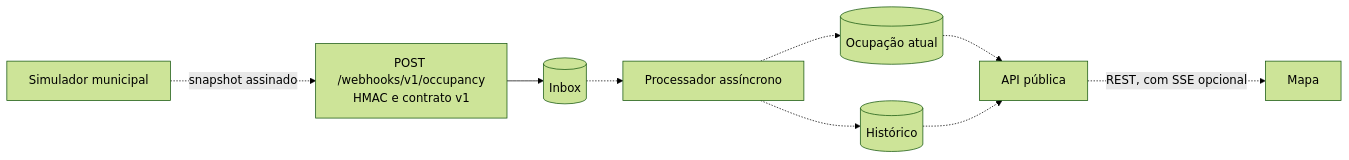
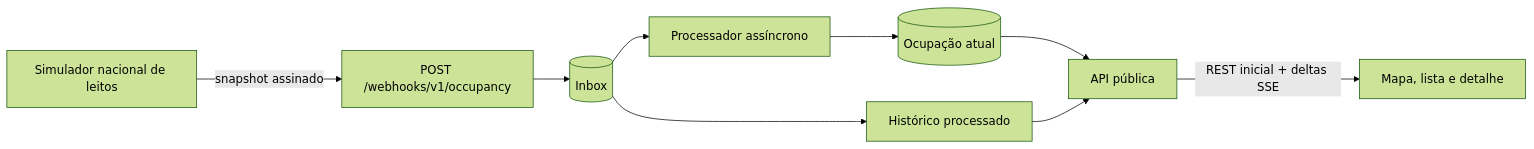
Before and after one commit to PJIEixoComputacaoUnivesp/FilaSaude: the third of 3 diagrams in README.md, drawn with Mermaid (forest theme). The commit also changed other lines of this file and 9 other files, not shown here.

First line of the commit message:
docs: delimita a demonstração como ocupação simulada de leitos

````diff
--- a/README.md
+++ b/README.md
@@ -143,11 +143,11 @@
 ```mermaid
 flowchart LR
-  sim["Simulador municipal"] -.->|"snapshot assinado"| hook["POST /webhooks/v1/occupancy<br/>HMAC e contrato v1"]
+  sim["Simulador nacional de leitos"] -->|"snapshot assinado"| hook["POST /webhooks/v1/occupancy"]
   hook --> inbox[("Inbox")]
-  inbox -.-> worker["Processador assíncrono"]
-  worker -.-> atual[("Ocupação atual")]
-  worker -.-> hist[("Histórico")]
-  atual -.-> pub["API pública"]
-  hist -.-> pub
-  pub -.->|"REST, com SSE opcional"| mapa["Mapa"]
+  inbox --> worker["Processador assíncrono"]
+  worker --> atual[("Ocupação atual")]
+  inbox --> hist["Histórico processado"]
+  atual --> pub["API pública"]
+  hist --> pub
+  pub -->|"REST inicial + deltas SSE"| mapa["Mapa, lista e detalhe"]
 ```
````
